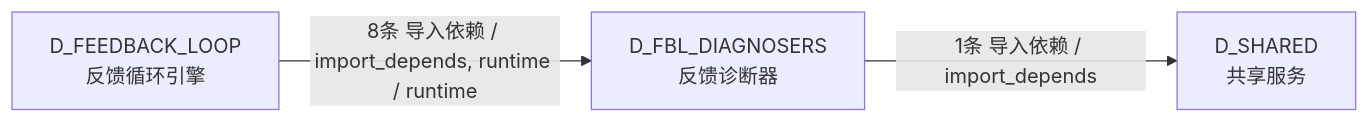
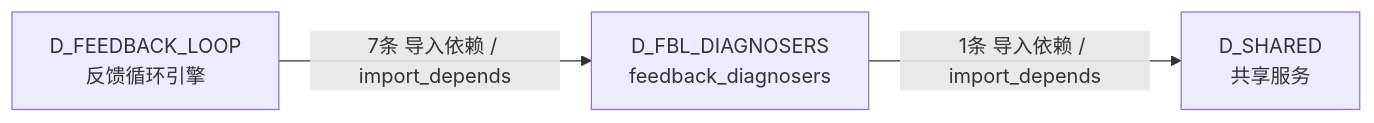
The sixth of 6 diagrams in docs/02_enterprise_architecture/02_domain_architecture_docs/12_d_fbl_diagnosers.md (xuanFelixVan/ZephyrAlpha), drawn with Mermaid before and after one commit. The commit also changed other lines of this file and 115 other files, not shown here.

````diff
--- a/docs/02_enterprise_architecture/02_domain_architecture_docs/12_d_fbl_diagnosers.md
+++ b/docs/02_enterprise_architecture/02_domain_architecture_docs/12_d_fbl_diagnosers.md
@@ -428,8 +423,8 @@
 ```mermaid
 graph LR
-    D_FBL_DIAGNOSERS["D_FBL_DIAGNOSERS<br/>反馈诊断器"]
+    D_FBL_DIAGNOSERS["D_FBL_DIAGNOSERS<br/>feedback_diagnosers"]
     D_SHARED["D_SHARED<br/>共享服务"]
     D_FEEDBACK_LOOP["D_FEEDBACK_LOOP<br/>反馈循环引擎"]
     D_FBL_DIAGNOSERS -->|1条 导入依赖 / import_depends| D_SHARED
-    D_FEEDBACK_LOOP -->|8条 导入依赖 / import_depends, runtime / runtime| D_FBL_DIAGNOSERS
+    D_FEEDBACK_LOOP -->|7条 导入依赖 / import_depends| D_FBL_DIAGNOSERS
 ```
````
